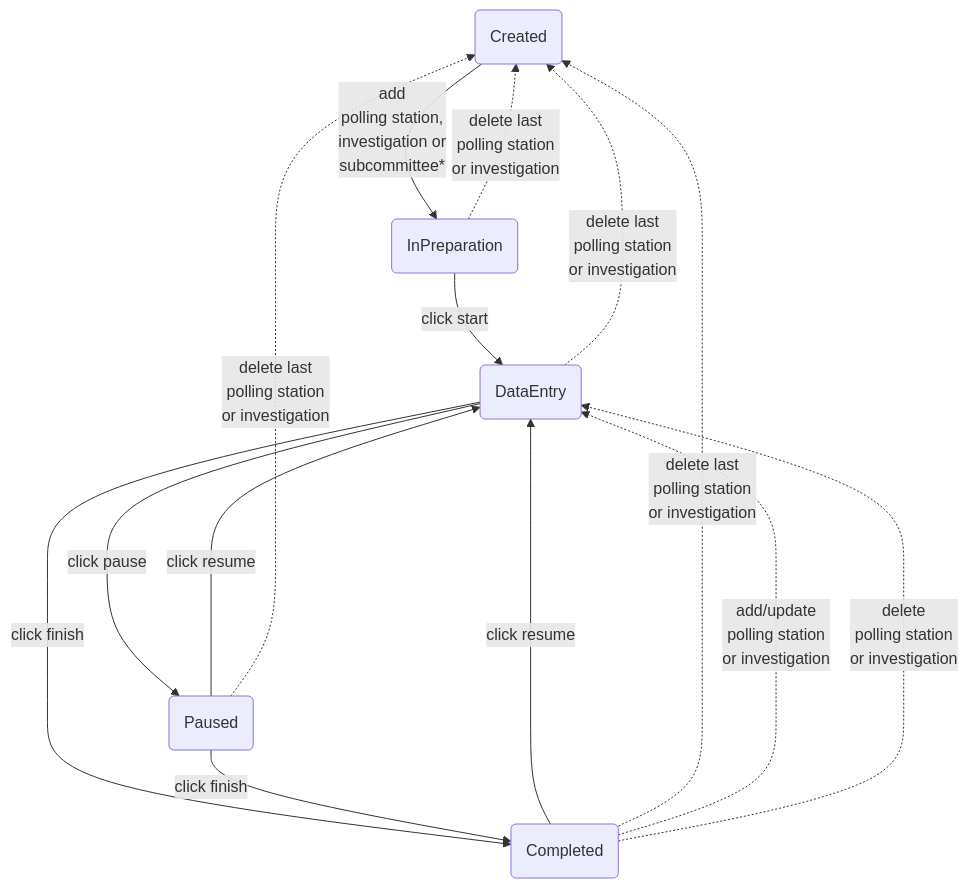
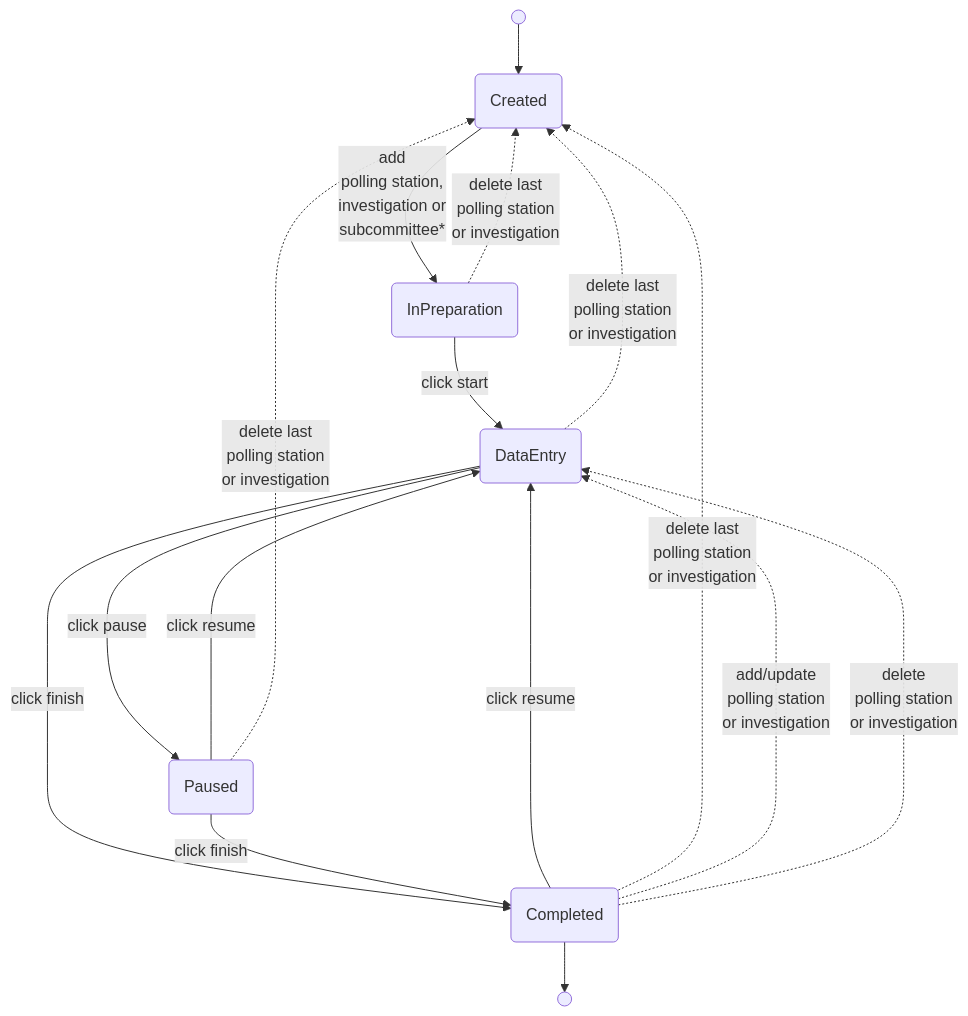
One commit to kiesraad/abacus changed the diagram in documentatie/state-machines/committee-session-state.md. Above: the diagram before and after it, drawn with Mermaid.

Commit message:
Updated committee session state diagram (#2983)

````diff
--- a/documentatie/state-machines/committee-session-state.md
+++ b/documentatie/state-machines/committee-session-state.md
@@ -18,31 +18,31 @@
 ```mermaid
 flowchart
-%%  flow_start@{ shape: sm-circ }
-%%  flow_end@{ shape: sm-circ }
+  flow_start@{ shape: sm-circ }
+  flow_end@{ shape: sm-circ }
 
   created(Created)
   in_preparation(InPreparation)
   data_entry(DataEntry)
   paused(Paused)
   completed(Completed)
 
-%%  flow_start --> created
+  flow_start --> created
   in_preparation -->|click start| data_entry
   data_entry -->|click finish| completed
   data_entry -->|click pause| paused
   paused --->|click resume| data_entry
   paused -->|click finish| completed
   completed -->|click resume| data_entry
-%%  completed --> flow_end
+  completed --> flow_end
 
   paused -.->|delete last<br/>polling station<br/>or investigation| created
   data_entry -.->|delete last<br/>polling station<br/>or investigation| created
   in_preparation -.->|delete last<br/>polling station<br/>or investigation| created
   completed -.->|delete last<br/>polling station<br/>or investigation| created
 
   created -->|add<br/>polling station,<br/>investigation or<br/>subcommittee*| in_preparation
 
   completed -.->|add/update<br/>polling station<br/>or investigation| data_entry
 
   completed -.->|delete<br/>polling station<br/>or investigation| data_entry
 ```
````
